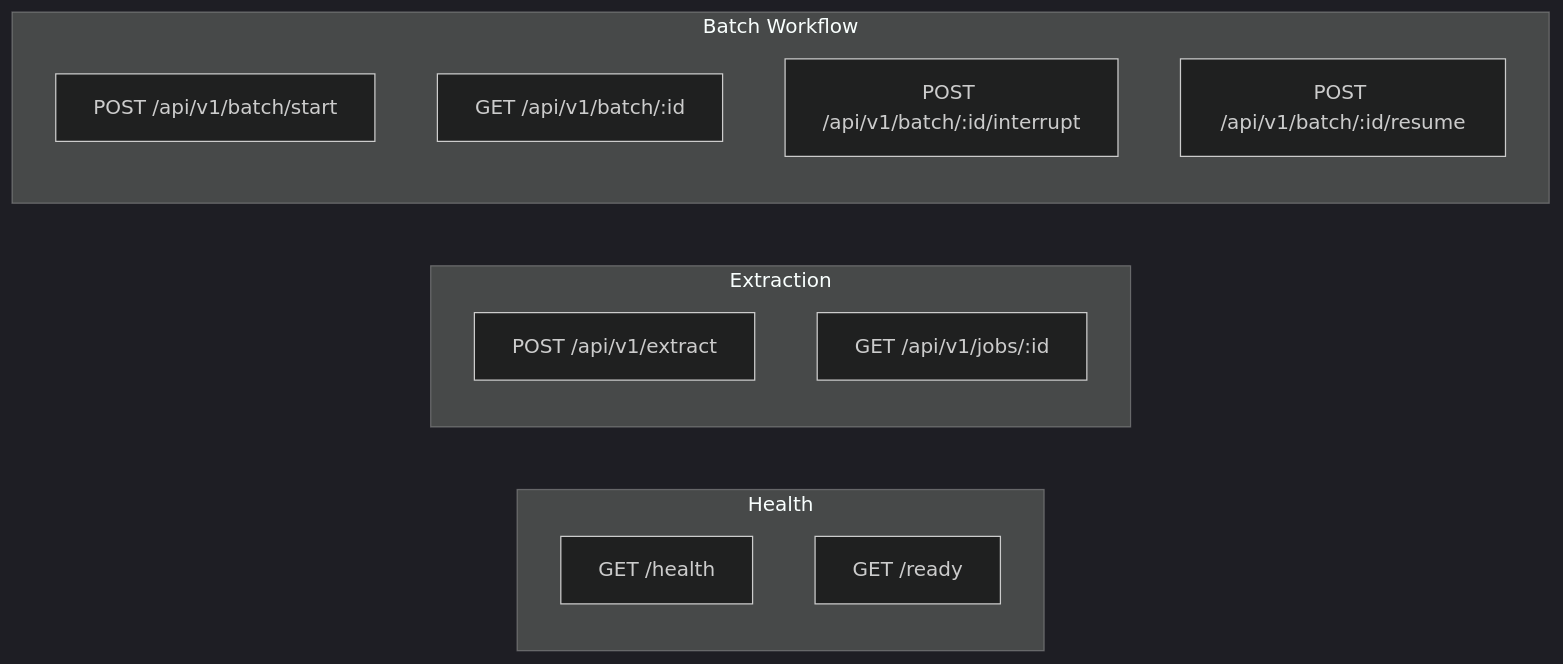
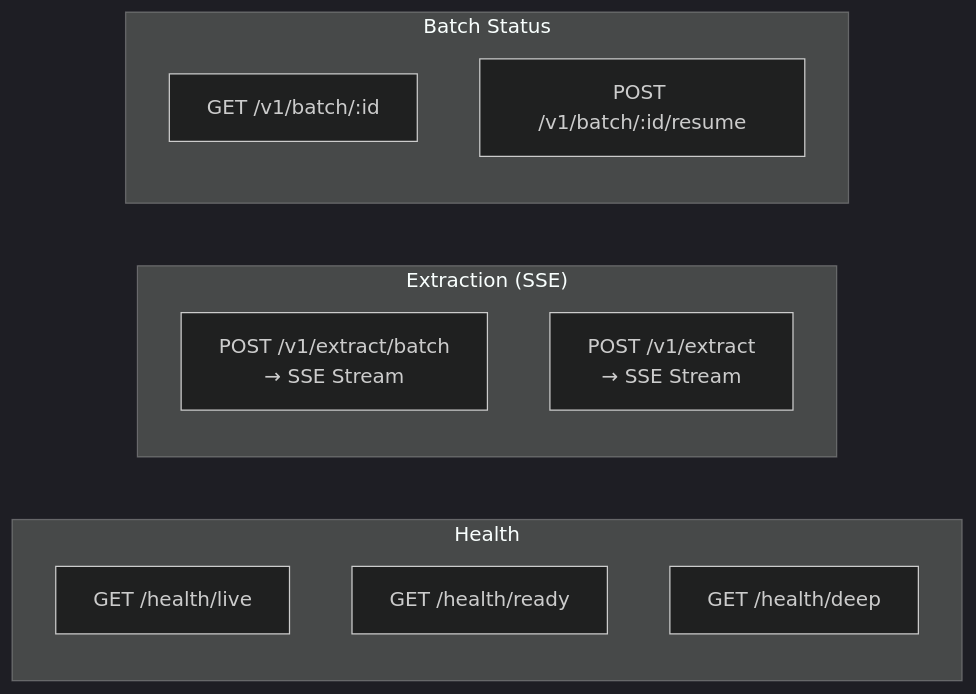
Diagram 13 of 13 in packages/@core-v2/docs/architecture/system-architecture.md (mepuka/effect-ontology), drawn with Mermaid (dark theme) before and after one commit. The commit also changed other lines of this file and 58 other files, not shown here.

````diff
--- a/packages/@core-v2/docs/architecture/system-architecture.md
+++ b/packages/@core-v2/docs/architecture/system-architecture.md
@@ -679,19 +682,18 @@
 ```mermaid
 graph LR
     subgraph "Health"
-        H1[GET /health]
-        H2[GET /ready]
+        H1[GET /health/live]
+        H2[GET /health/ready]
+        H3[GET /health/deep]
     end
 
-    subgraph "Extraction"
-        E1[POST /api/v1/extract]
-        E2[GET /api/v1/jobs/:id]
+    subgraph "Extraction (SSE)"
+        E1[POST /v1/extract/batch<br/>→ SSE Stream]
+        E2[POST /v1/extract<br/>→ SSE Stream]
     end
 
-    subgraph "Batch Workflow"
-        B1[POST /api/v1/batch/start]
-        B2[GET /api/v1/batch/:id]
-        B3[POST /api/v1/batch/:id/interrupt]
-        B4[POST /api/v1/batch/:id/resume]
+    subgraph "Batch Status"
+        B1[GET /v1/batch/:id]
+        B2[POST /v1/batch/:id/resume]
     end
 ```
````
